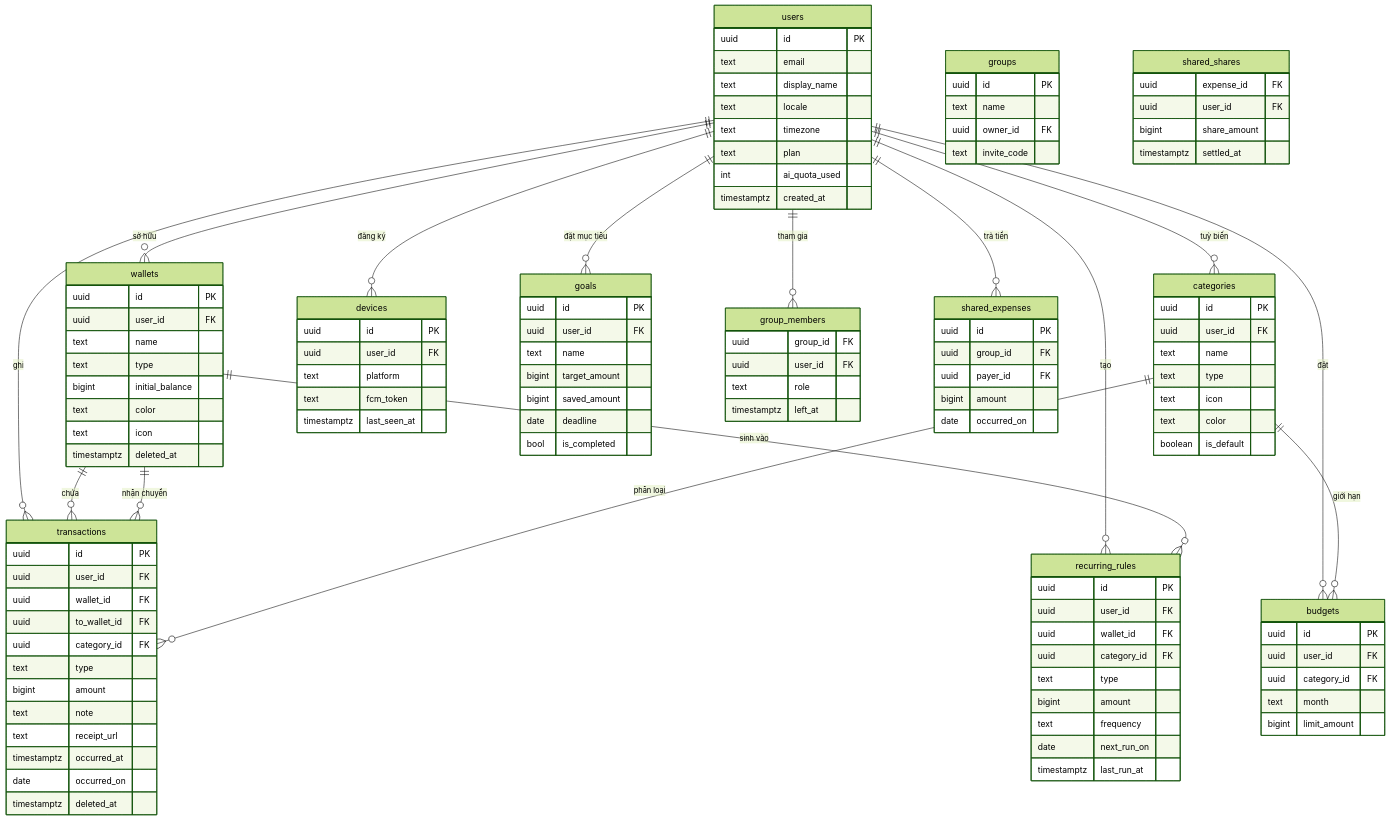
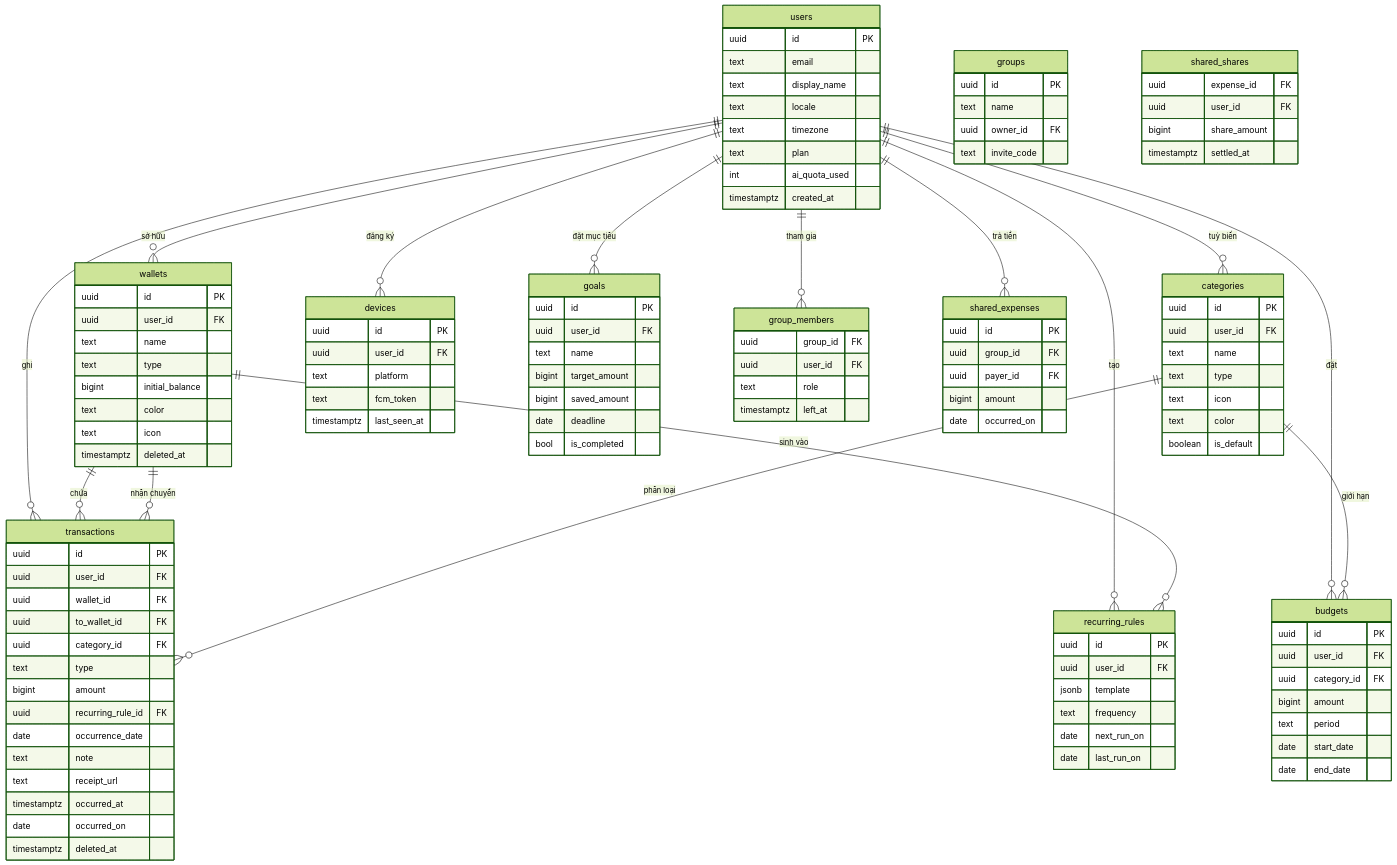
One commit to ThanhBinhITDev/quan-ly-chi-tieu-va-thu-nhap-ca-nhan changed the eighth of 10 diagrams in docs/system-design/00-architecture.md. Above: the diagram before and after it, drawn with Mermaid (forest theme). The commit also changed other lines of this file and 29 other files, not shown here.

Commit message:
Đồng bộ schema Supabase, tài liệu và xuất logo thương hiệu

```diff
--- a/docs/system-design/00-architecture.md
+++ b/docs/system-design/00-architecture.md
@@ -416,6 +416,8 @@
         uuid category_id FK
         text type
         bigint amount
+        uuid recurring_rule_id FK
+        date occurrence_date
         text note
         text receipt_url
         timestamptz occurred_at
@@ -426,19 +428,18 @@
         uuid id PK
         uuid user_id FK
         uuid category_id FK
-        text month
-        bigint limit_amount
+        bigint amount
+        text period
+        date start_date
+        date end_date
     }
     recurring_rules {
         uuid id PK
         uuid user_id FK
-        uuid wallet_id FK
-        uuid category_id FK
-        text type
-        bigint amount
+        jsonb template
         text frequency
         date next_run_on
-        timestamptz last_run_at
+        date last_run_on
     }
     goals {
         uuid id PK
```
